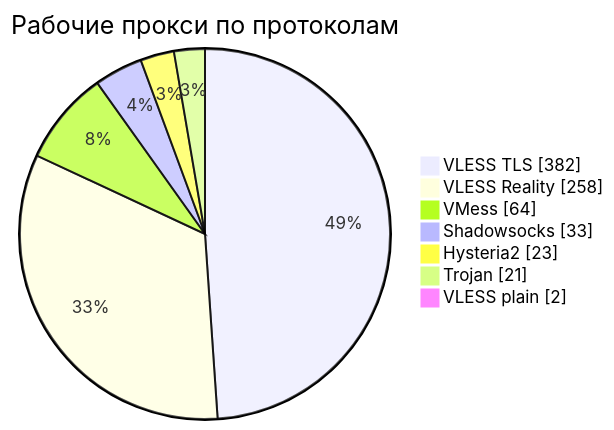
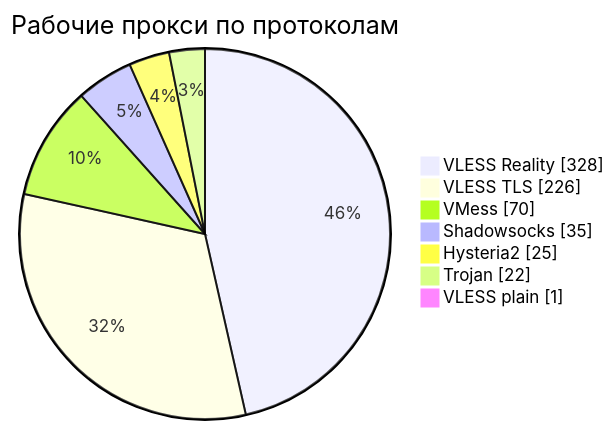
One commit to rvvg/proxy-subs changed the third of 4 diagrams in README.md. Above: the diagram before and after it, drawn with Mermaid. The commit also changed other lines of this file and 52 other files, not shown here.

````diff
--- a/README.md
+++ b/README.md
@@ -137,11 +141,11 @@
 ```mermaid
 pie showData
     title Рабочие прокси по протоколам
-    "VLESS TLS" : 382
-    "VLESS Reality" : 258
-    "VMess" : 64
-    "Shadowsocks" : 33
-    "Hysteria2" : 23
-    "Trojan" : 21
-    "VLESS plain" : 2
+    "VLESS Reality" : 328
+    "VLESS TLS" : 226
+    "VMess" : 70
+    "Shadowsocks" : 35
+    "Hysteria2" : 25
+    "Trojan" : 22
+    "VLESS plain" : 1
 ```
````
